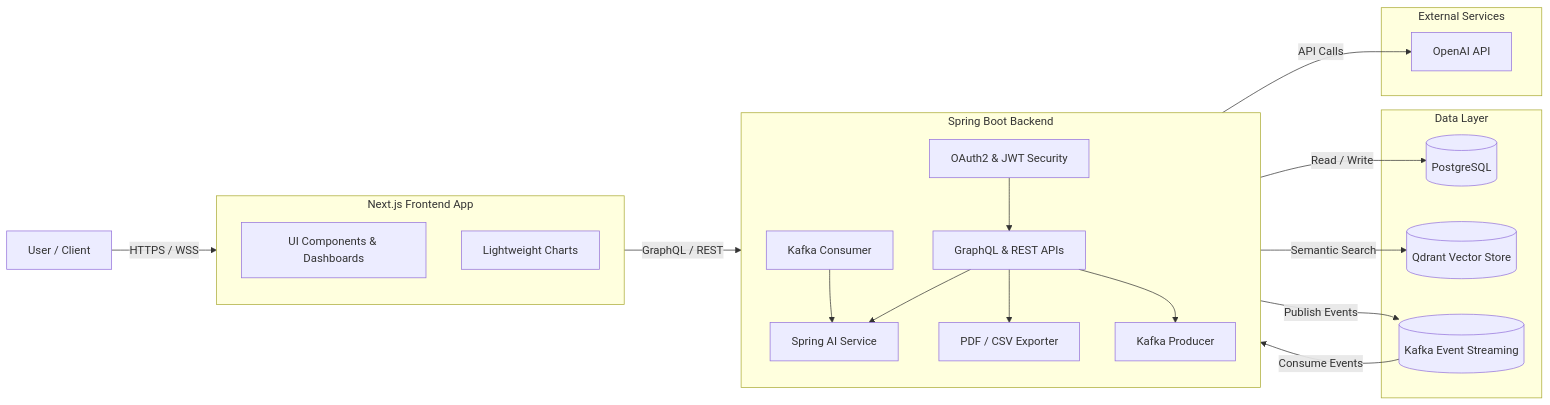
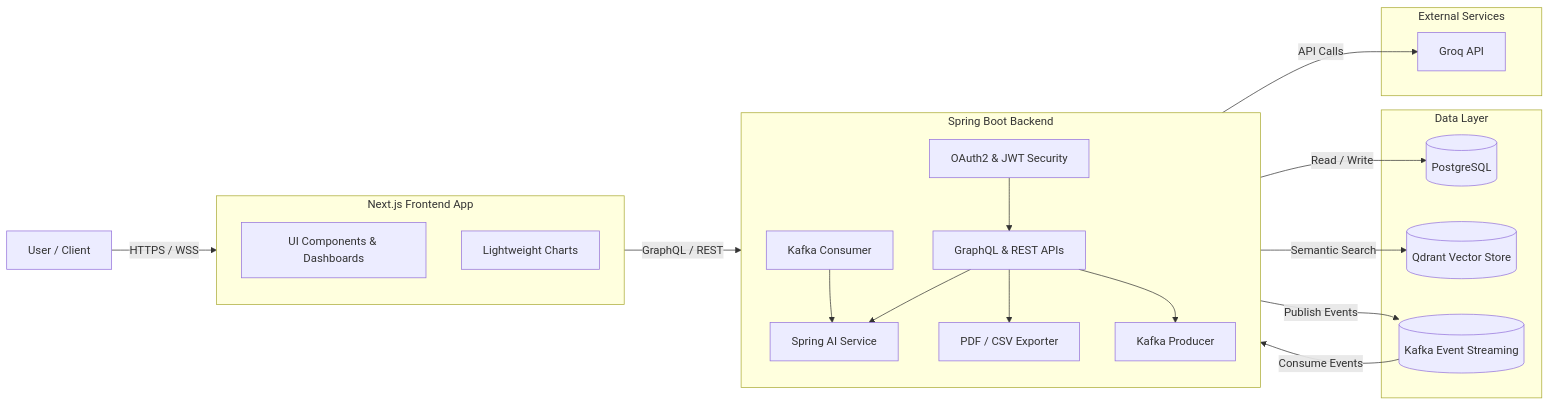
Before and after one commit to KarthikSP1911/Quant-Edge: the second of 3 diagrams in README.md, drawn with Mermaid. The commit also changed other lines of this file, not shown here.

````diff
--- a/README.md
+++ b/README.md
@@ -113,46 +136,46 @@
 ```mermaid
 flowchart LR
 
     U[User / Client]
 
     subgraph F["Next.js Frontend App"]
         UI[UI Components & Dashboards]
         Charts[Lightweight Charts]
     end
 
     subgraph B["Spring Boot Backend"]
         direction TB
         SM[OAuth2 & JWT Security]
         API[GraphQL & REST APIs]
         SAI[Spring AI Service]
         EXP[PDF / CSV Exporter]
         KFP[Kafka Producer]
         KFC[Kafka Consumer]
 
         SM --> API
         API --> SAI
         API --> EXP
         API --> KFP
         KFC --> SAI
     end
 
     subgraph D["Data Layer"]
         P[(PostgreSQL)]
         Q[(Qdrant Vector Store)]
         K[(Kafka Event Streaming)]
     end
 
     subgraph External["External Services"]
-        OA[OpenAI API]
+        OA[Groq API]
     end
 
     U -->|HTTPS / WSS| F
     F -->|GraphQL / REST| B
 
     B -->|Read / Write| P
     B -->|Semantic Search| Q
     KFP -->|Publish Events| K
     K -->|Consume Events| KFC
 
     SAI -->|API Calls| OA
 ```
````
